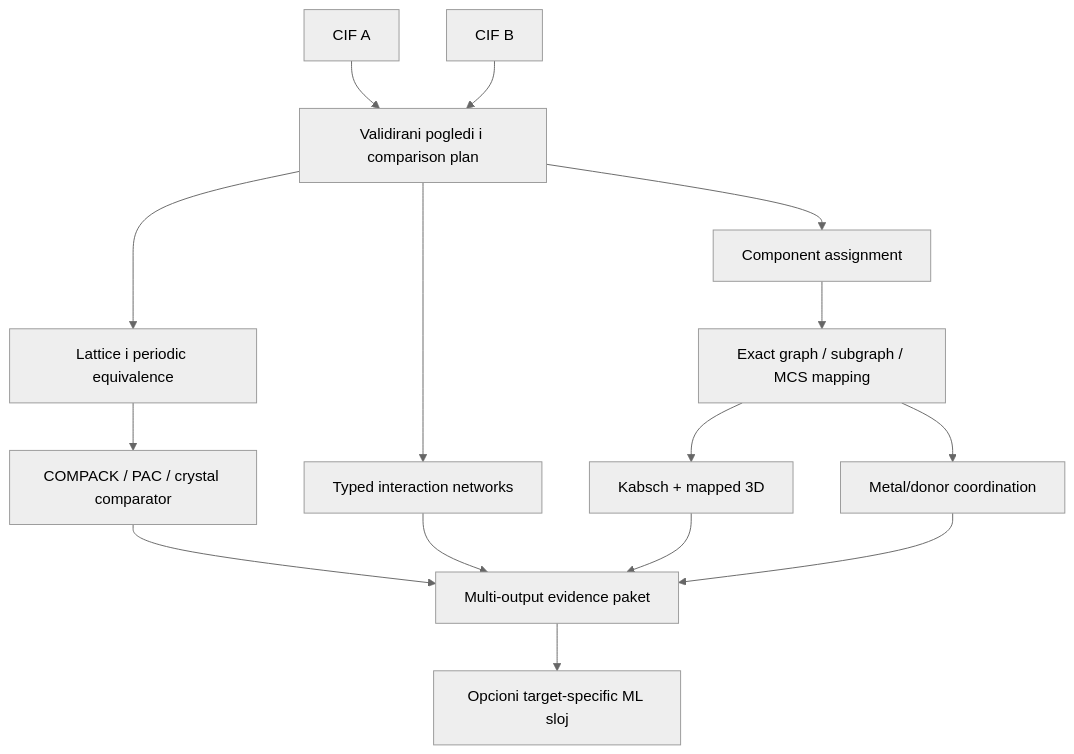
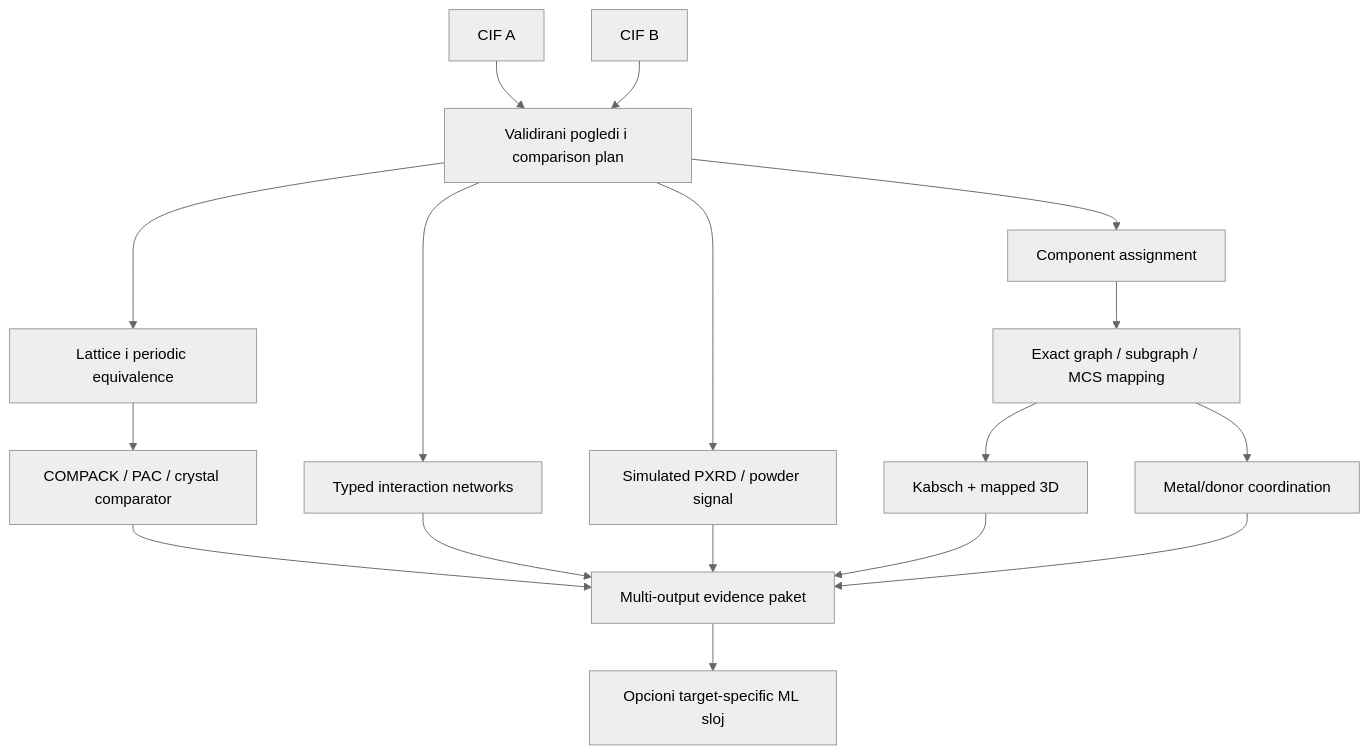
One commit to nemper/crystallography-and-ml-theory changed the diagram in ml-ai-strategy/docs/pairs/04-precise-pairwise.md. Above: the diagram before and after it, drawn with Mermaid (neutral theme). The commit also changed 8 other files, not shown here.

````diff
--- a/ml-ai-strategy/docs/pairs/04-precise-pairwise.md
+++ b/ml-ai-strategy/docs/pairs/04-precise-pairwise.md
@@ -7,17 +7,19 @@
 ```mermaid
 flowchart TD
     A[CIF A] --> P[Validirani pogledi i comparison plan]
     B[CIF B] --> P
     P --> C[Component assignment]
     C --> G[Exact graph / subgraph / MCS mapping]
     G --> K[Kabsch + mapped 3D]
     G --> M[Metal/donor coordination]
     P --> L[Lattice i periodic equivalence]
     L --> PK[COMPACK / PAC / crystal comparator]
     P --> I[Typed interaction networks]
+    P --> X[Simulated PXRD / powder signal]
     PK --> R[Multi-output evidence paket]
     I --> R
+    X --> R
     K --> R
     M --> R
     R --> S[Opcioni target-specific ML sloj]
 ```
````
